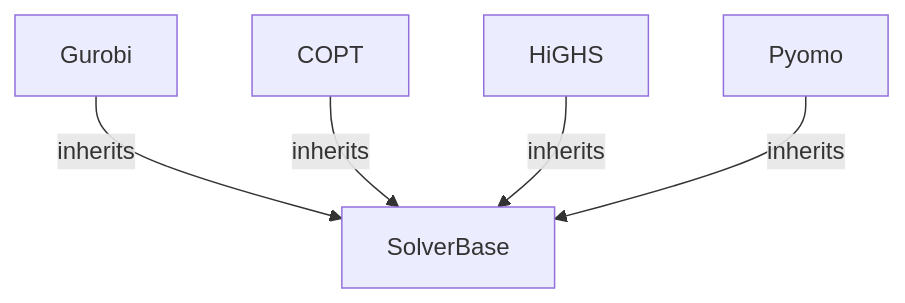
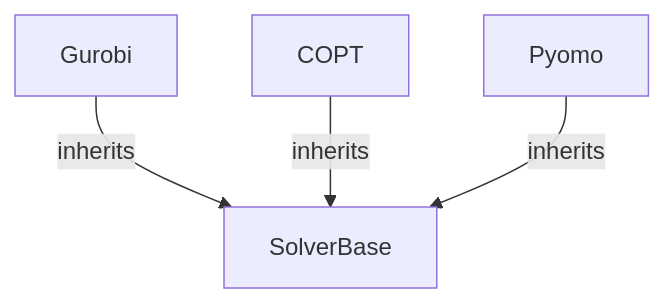
Before and after one commit to sharabhshukla/BendersLib: the diagram in docs/source/manual/solver.rst, drawn with Mermaid. The commit also changed other lines of this file and 2 other files, not shown here.

Commit message:
docs(manual): update solver documentation for Pyomo

```diff
--- a/docs/source/manual/solver.rst
+++ b/docs/source/manual/solver.rst
@@ -184,9 +181,8 @@
 .. mermaid::
     :caption: Solver Interface Inheritance Diagram
     :align: center
 
     flowchart TB
         Gurobi -- inherits --> SolverBase
         COPT -- inherits --> SolverBase
-        HiGHS -- inherits --> SolverBase
         Pyomo -- inherits --> SolverBase
```
